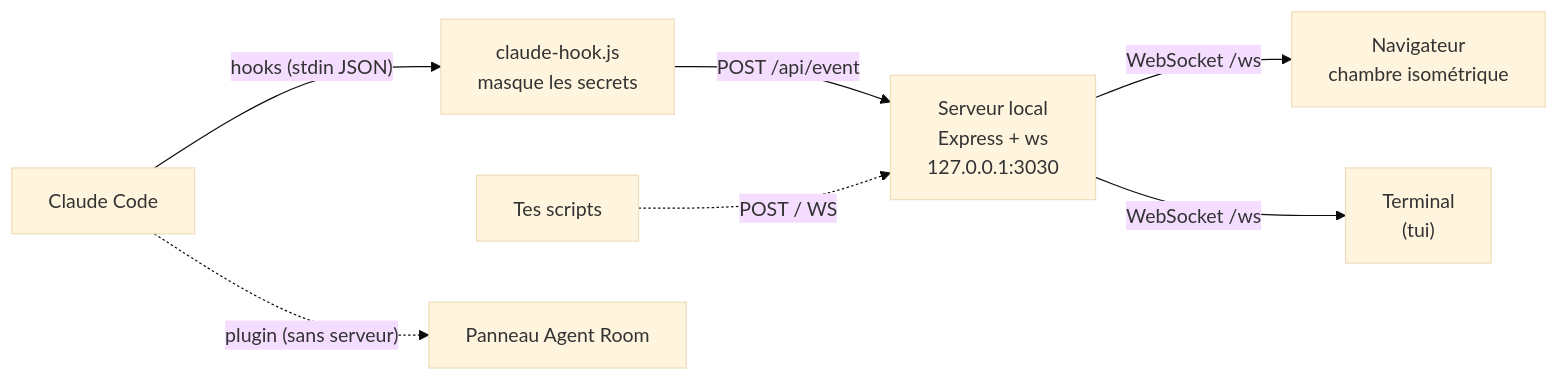
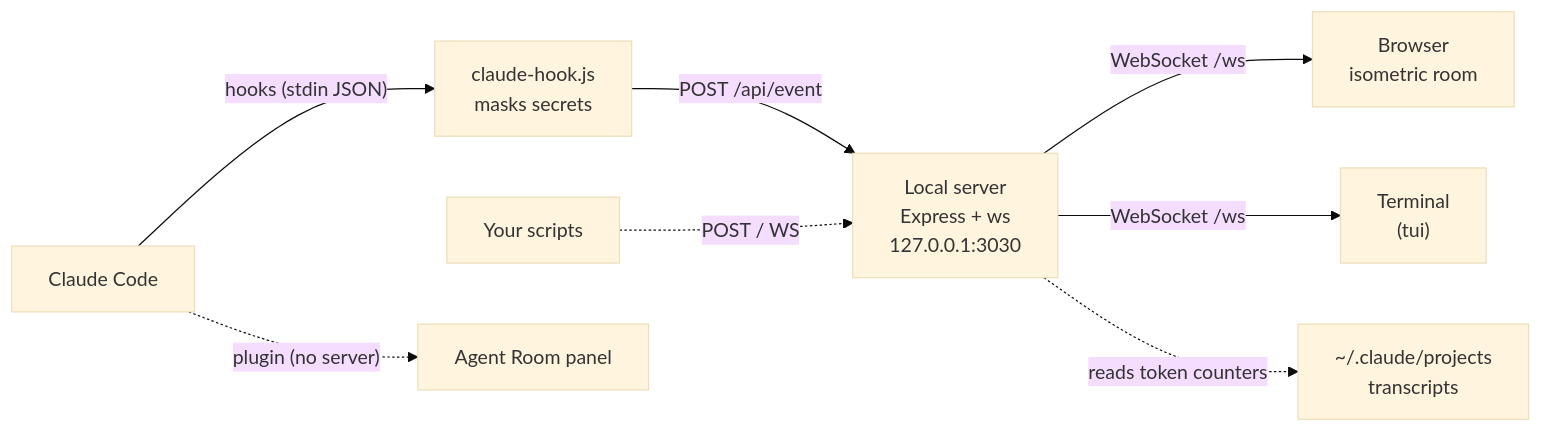
One commit to MehenniIslam/claude-agent-room changed the diagram in README.md. Above: the diagram before and after it, drawn with Mermaid (base theme). The commit also changed other lines of this file and 4 other files, not shown here.

````diff
--- a/README.md
+++ b/README.md
@@ -409,9 +527,10 @@
 ```mermaid
 flowchart LR
-  CC["Claude Code"] -- "hooks (stdin JSON)" --> H["claude-hook.js<br/>masque les secrets"]
-  H -- "POST /api/event" --> S["Serveur local<br/>Express + ws<br/>127.0.0.1:3030"]
-  S -- "WebSocket /ws" --> B["Navigateur<br/>chambre isométrique"]
+  CC["Claude Code"] -- "hooks (stdin JSON)" --> H["claude-hook.js<br/>masks secrets"]
+  H -- "POST /api/event" --> S["Local server<br/>Express + ws<br/>127.0.0.1:3030"]
+  S -- "WebSocket /ws" --> B["Browser<br/>isometric room"]
   S -- "WebSocket /ws" --> T["Terminal<br/>(tui)"]
-  X["Tes scripts"] -. "POST / WS" .-> S
-  CC -. "plugin (sans serveur)" .-> P["Panneau Agent Room"]
+  S -. "reads token counters" .-> TR["~/.claude/projects<br/>transcripts"]
+  X["Your scripts"] -. "POST / WS" .-> S
+  CC -. "plugin (no server)" .-> P["Agent Room panel"]
 ```
````
